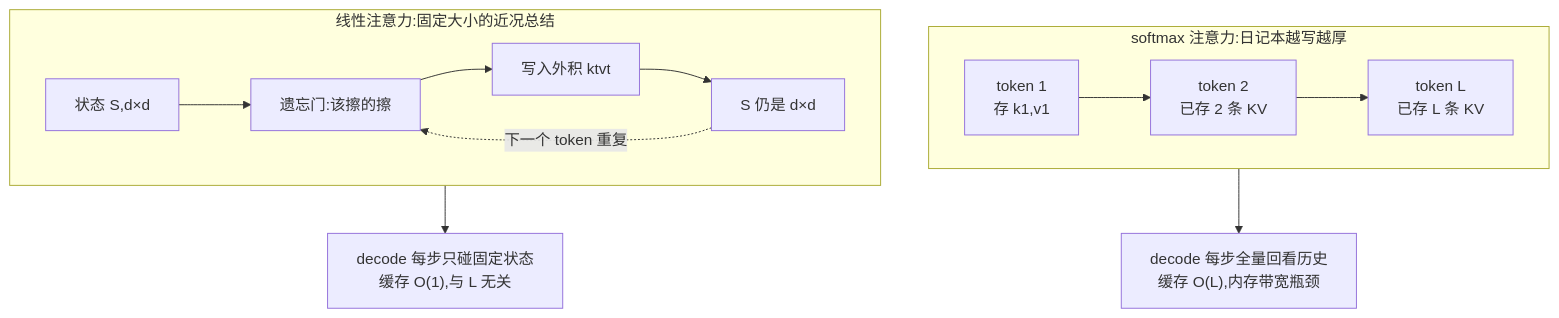
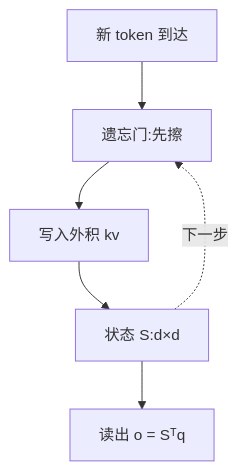
The diagram in knowledge/01-模型结构/线性注意力.md (ChaoyuWang04/MockInterview), drawn with Mermaid before and after one commit. The commit also changed other lines of this file and 2 other files, not shown here.

First line of the commit message:
feat(kb): 重写 SWA、稀疏注意力、线性注意力

````diff
--- a/knowledge/01-模型结构/线性注意力.md
+++ b/knowledge/01-模型结构/线性注意力.md
@@ -121,14 +90,8 @@
 ```mermaid
-flowchart TB
-    subgraph SM["softmax 注意力:日记本越写越厚"]
-        direction LR
-        a1["token 1<br>存 k1,v1"] --> a2["token 2<br>已存 2 条 KV"] --> a3["token L<br>已存 L 条 KV"]
-    end
-    subgraph LIN["线性注意力:固定大小的近况总结"]
-        direction LR
-        b1["状态 S,d×d"] --> b2["遗忘门:该擦的擦"] --> b3["写入外积 ktvt"] --> b4["S 仍是 d×d"]
-        b4 -.->|"下一个 token 重复"| b2
-    end
-    a3 --> c1["decode 每步全量回看历史<br>缓存 O(L),内存带宽瓶颈"]
-    b4 --> c2["decode 每步只碰固定状态<br>缓存 O(1),与 L 无关"]
+flowchart TD
+    A["新 token 到达"] --> B["遗忘门:先擦"]
+    B --> C["写入外积 kv"]
+    C --> D["状态 S:d×d"]
+    D --> E["读出 o = Sᵀq"]
+    D -.->|"下一步"| B
 ```
````
